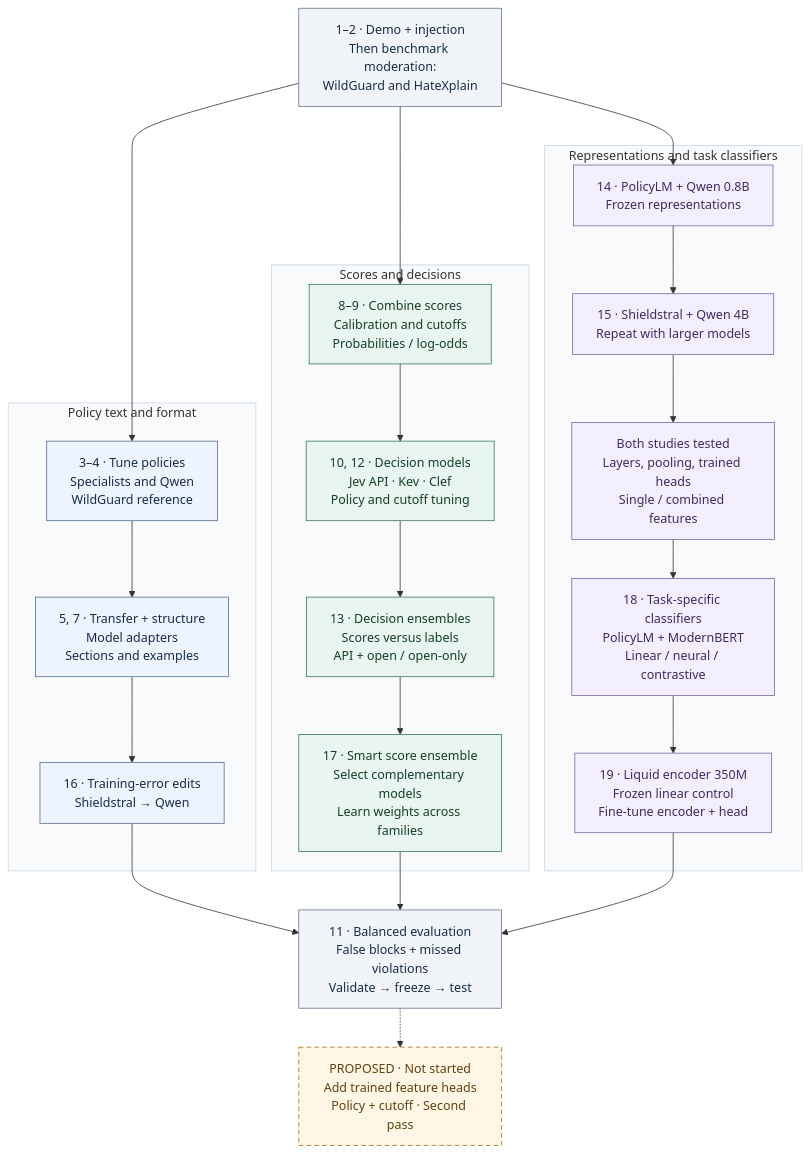
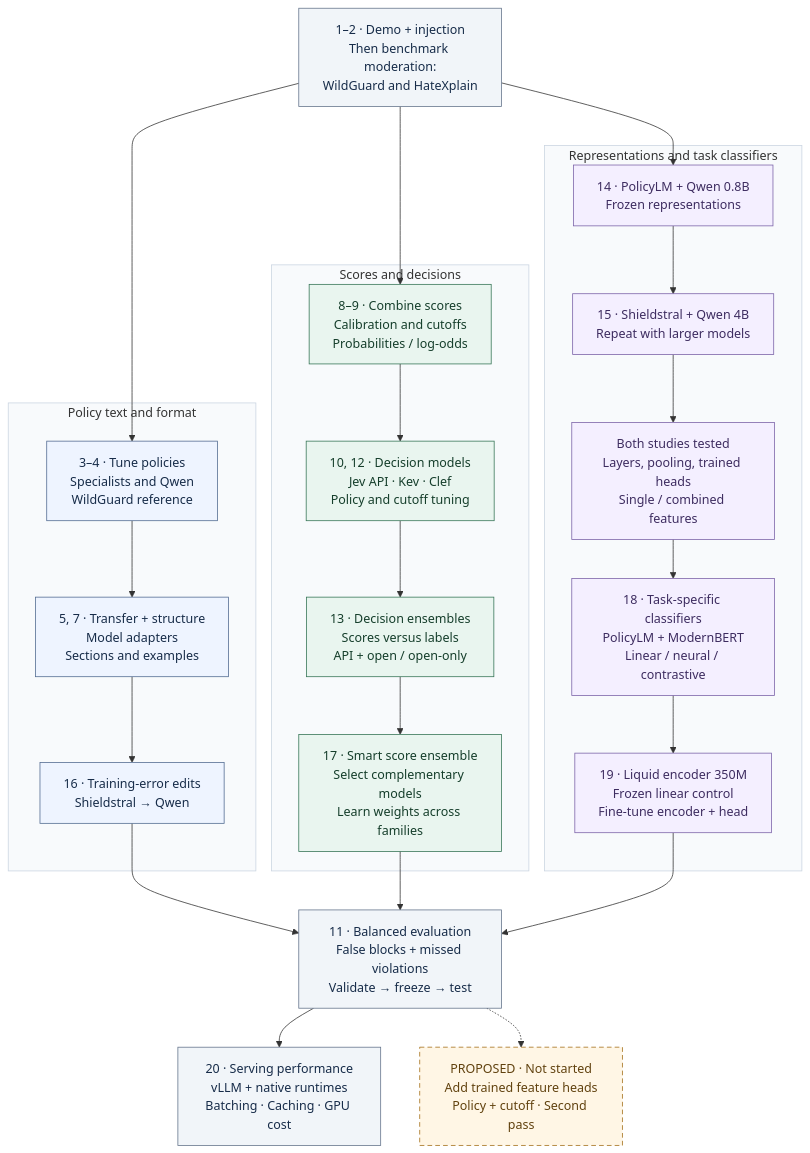
Before and after one commit to harshsinghal/safeguard-eval: the diagram in README.md, drawn with Mermaid. The commit also changed other lines of this file and 681 other files, not shown here.

Commit message:
Publish moderation serving profiles, latency curves and GPU costs

````diff
--- a/README.md
+++ b/README.md
@@ -19,51 +19,52 @@
 ```mermaid
 flowchart TB
     START["1–2 · Demo + injection<br/>Then benchmark moderation:<br/>WildGuard and HateXplain"]
 
     subgraph POLICY["Policy text and format"]
         P1["3–4 · Tune policies<br/>Specialists and Qwen<br/>WildGuard reference"]
         P2["5, 7 · Transfer + structure<br/>Model adapters<br/>Sections and examples"]
         P3["16 · Training-error edits<br/>Shieldstral → Qwen"]
         P1 --> P2 --> P3
     end
 
     subgraph SCORES["Scores and decisions"]
         S1["8–9 · Combine scores<br/>Calibration and cutoffs<br/>Probabilities / log-odds"]
         S2["10, 12 · Decision models<br/>Jev API · Kev · Clef<br/>Policy and cutoff tuning"]
         S3["13 · Decision ensembles<br/>Scores versus labels<br/>API + open / open-only"]
         S4["17 · Smart score ensemble<br/>Select complementary models<br/>Learn weights across families"]
         S1 --> S2 --> S3 --> S4
     end
 
     subgraph FEATURES["Representations and task classifiers"]
         F1["14 · PolicyLM + Qwen 0.8B<br/>Frozen representations"]
         F2["15 · Shieldstral + Qwen 4B<br/>Repeat with larger models"]
         F3["Both studies tested<br/>Layers, pooling, trained heads<br/>Single / combined features"]
         F4["18 · Task-specific classifiers<br/>PolicyLM + ModernBERT<br/>Linear / neural / contrastive"]
         F5["19 · Liquid encoder 350M<br/>Frozen linear control<br/>Fine-tune encoder + head"]
         F1 --> F2 --> F3 --> F4 --> F5
     end
 
     START --> P1
     START --> S1
     START --> F1
     P3 --> EVIDENCE
     S4 --> EVIDENCE
     F5 --> EVIDENCE
     EVIDENCE["11 · Balanced evaluation<br/>False blocks + missed violations<br/>Validate → freeze → test"]
+    EVIDENCE --> SERVING["20 · Serving performance<br/>vLLM + native runtimes<br/>Batching · Caching · GPU cost"]
     EVIDENCE -.-> NEXT["PROPOSED · Not started<br/>Add trained feature heads<br/>Policy + cutoff · Second pass"]
 
     classDef neutral fill:#f1f5f9,stroke:#64748b,color:#172c49;
     classDef policy fill:#eef4ff,stroke:#526b91,color:#172c49;
     classDef scores fill:#e9f5ef,stroke:#367556,color:#153e2b;
     classDef features fill:#f4efff,stroke:#7b63a8,color:#3d2c60;
     classDef proposed fill:#fff6e5,stroke:#a36e16,color:#61420f,stroke-dasharray:6 4;
-    class START,EVIDENCE neutral;
+    class START,EVIDENCE,SERVING neutral;
     class P1,P2,P3 policy;
     class S1,S2,S3,S4 scores;
     class F1,F2,F3,F4,F5 features;
     class NEXT proposed;
     style POLICY fill:#f8fafc,stroke:#cbd5e1
     style SCORES fill:#f8fafc,stroke:#cbd5e1
     style FEATURES fill:#f8fafc,stroke:#cbd5e1
 ```
````
